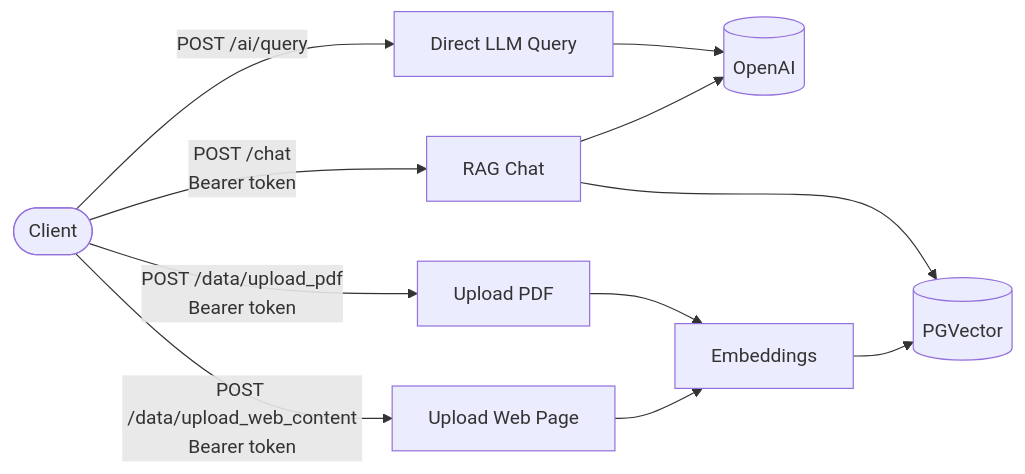
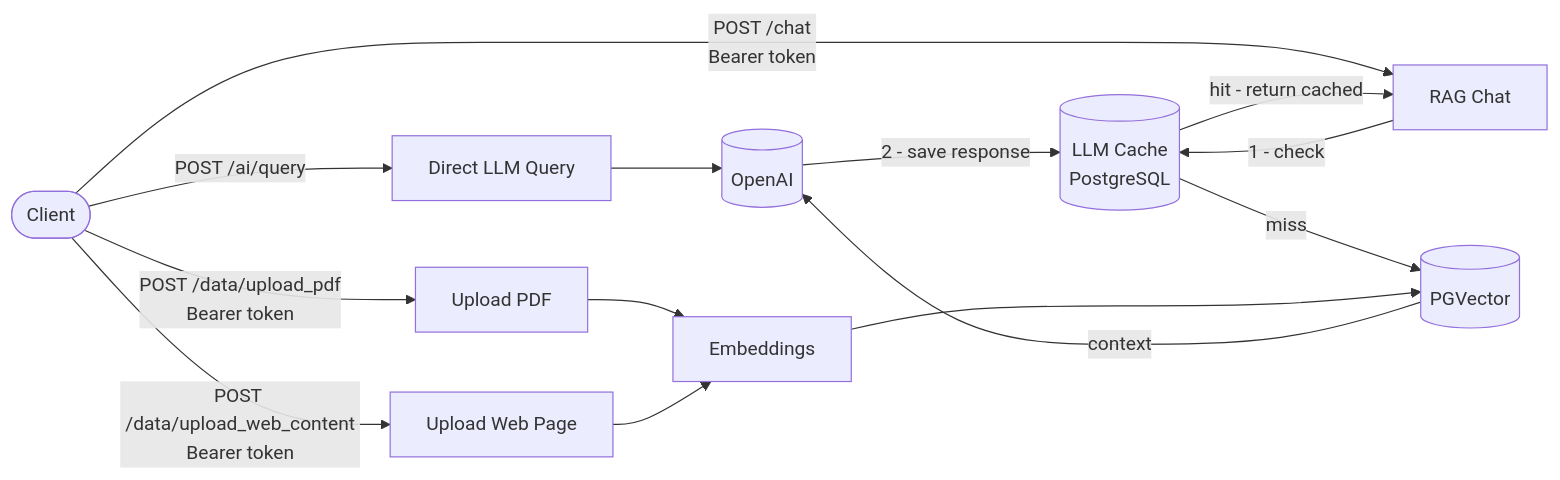
One commit to JanardhanJayanthxhd/QueryBooks--public changed the diagram in README.md. Above: the diagram before and after it, drawn with Mermaid.

Commit message:
update(readme): include cache feat. in archi. diag.

````diff
--- a/README.md
+++ b/README.md
@@ -111,14 +111,20 @@
 ```mermaid
 flowchart LR
     Client([Client])
 
     Client -->|POST /ai/query| AI[Direct LLM Query]
-    Client -->|POST /chat<br>Bearer token| Chat[RAG Chat]
-    Client -->|POST /data/upload_pdf<br>Bearer token| UpPDF[Upload PDF]
-    Client -->|POST /data/upload_web_content<br>Bearer token| UpWeb[Upload Web Page]
+    Client -->|POST /chat\nBearer token| Chat[RAG Chat]
+    Client -->|POST /data/upload_pdf\nBearer token| UpPDF[Upload PDF]
+    Client -->|POST /data/upload_web_content\nBearer token| UpWeb[Upload Web Page]
 
     AI --> LLM[(OpenAI)]
-    Chat --> VDB[(PGVector)] & LLM
+
+    Chat -->|1 - check| Cache[(LLM Cache\nPostgreSQL)]
+    Cache -->|hit - return cached| Chat
+    Cache -->|miss| VDB[(PGVector)]
+    VDB -->|context| LLM
+    LLM -->|2 - save response| Cache
+
     UpPDF --> Embed[Embeddings] --> VDB
     UpWeb --> Embed
 ```
````
